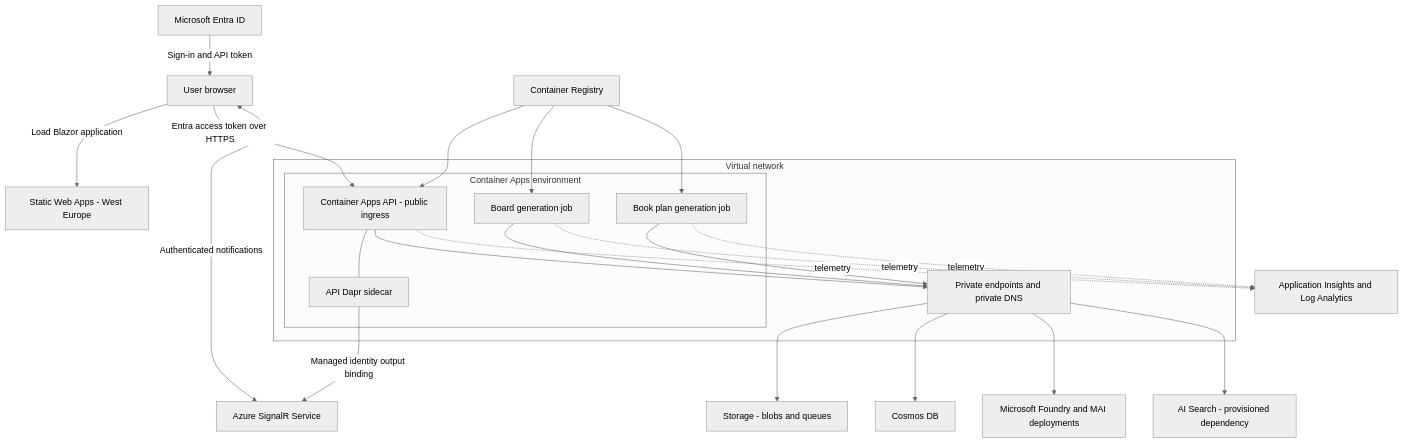
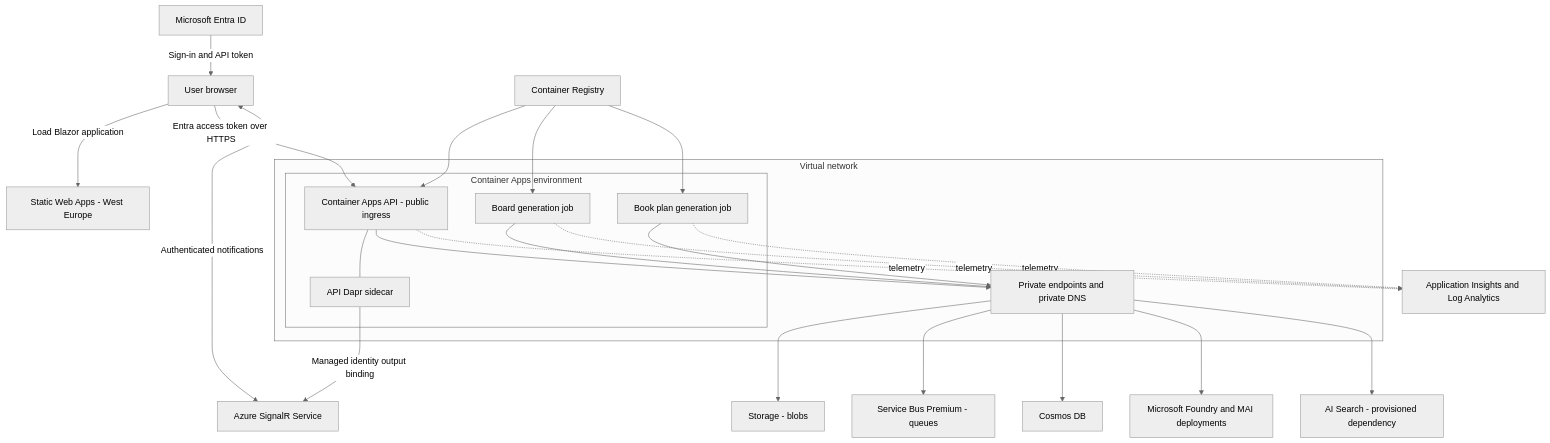
Before and after one commit to mathieumack/foundry-comics-mai: the first of 3 diagrams in docs/architecture.md, drawn with Mermaid (neutral theme). The commit also changed other lines of this file and 27 other files, not shown here.

Commit message:
Migrate generation queues to Azure Service Bus

````diff
--- a/docs/architecture.md
+++ b/docs/architecture.md
@@ -37,31 +37,32 @@
 ```mermaid
 flowchart TB
     Browser[User browser] -->|Load Blazor application| SWA[Static Web Apps - West Europe]
     Entra[Microsoft Entra ID] -->|Sign-in and API token| Browser
     Browser -->|Entra access token over HTTPS| API[Container Apps API - public ingress]
     Browser <-->|Authenticated notifications| SignalR[Azure SignalR Service]
     subgraph VNet[Virtual network]
         subgraph CAE[Container Apps environment]
             API
             Dapr[API Dapr sidecar]
             BoardJob[Board generation job]
             PlanJob[Book plan generation job]
         end
         PE[Private endpoints and private DNS]
     end
     API --- Dapr
     API --> PE
     BoardJob --> PE
     PlanJob --> PE
-    PE --> Storage[Storage - blobs and queues]
+    PE --> Storage[Storage - blobs]
+    PE --> ServiceBus[Service Bus Premium - queues]
     PE --> Cosmos[Cosmos DB]
     PE --> Foundry[Microsoft Foundry and MAI deployments]
     PE --> Search[AI Search - provisioned dependency]
     Dapr -->|Managed identity output binding| SignalR
     ACR[Container Registry] --> API
     ACR --> BoardJob
     ACR --> PlanJob
     API -. telemetry .-> Monitor[Application Insights and Log Analytics]
     BoardJob -. telemetry .-> Monitor
     PlanJob -. telemetry .-> Monitor
 ```
````
